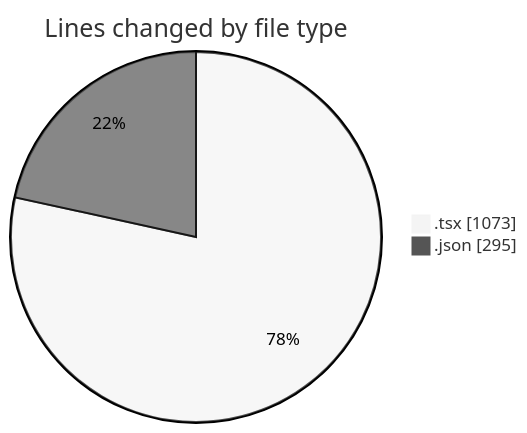
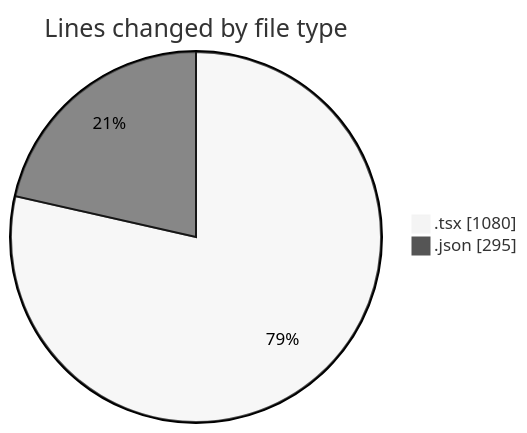
Before and after one commit to julien-gomy/code-tracking: the first of 2 diagrams in 2025-10-11/eventscop-frontend-guide__workspace_/README.md, drawn with Mermaid (neutral theme). The commit also changed other lines of this file and 1 other file, not shown here.

````diff
--- a/2025-10-11/eventscop-frontend-guide__workspace_/README.md
+++ b/2025-10-11/eventscop-frontend-guide__workspace_/README.md
@@ -28,6 +28,6 @@
 ```mermaid
 pie showData
 title Lines changed by file type
-".tsx" : 1073
+".tsx" : 1080
 ".json" : 295
 ```
````
